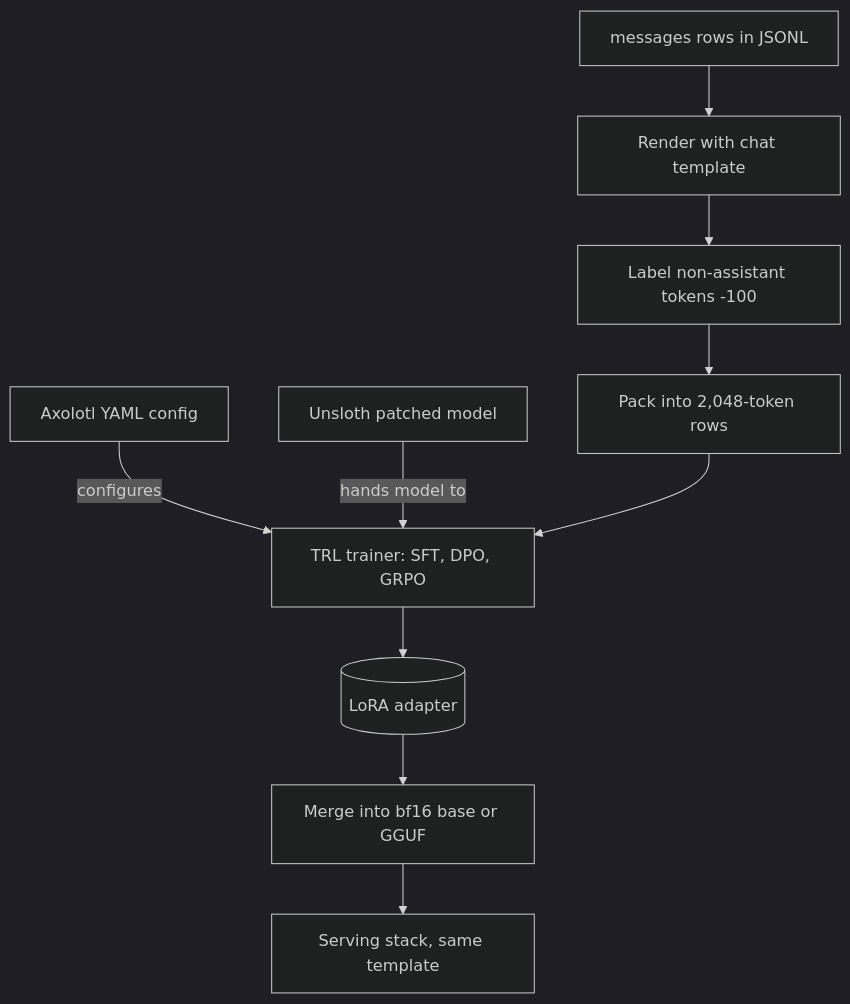
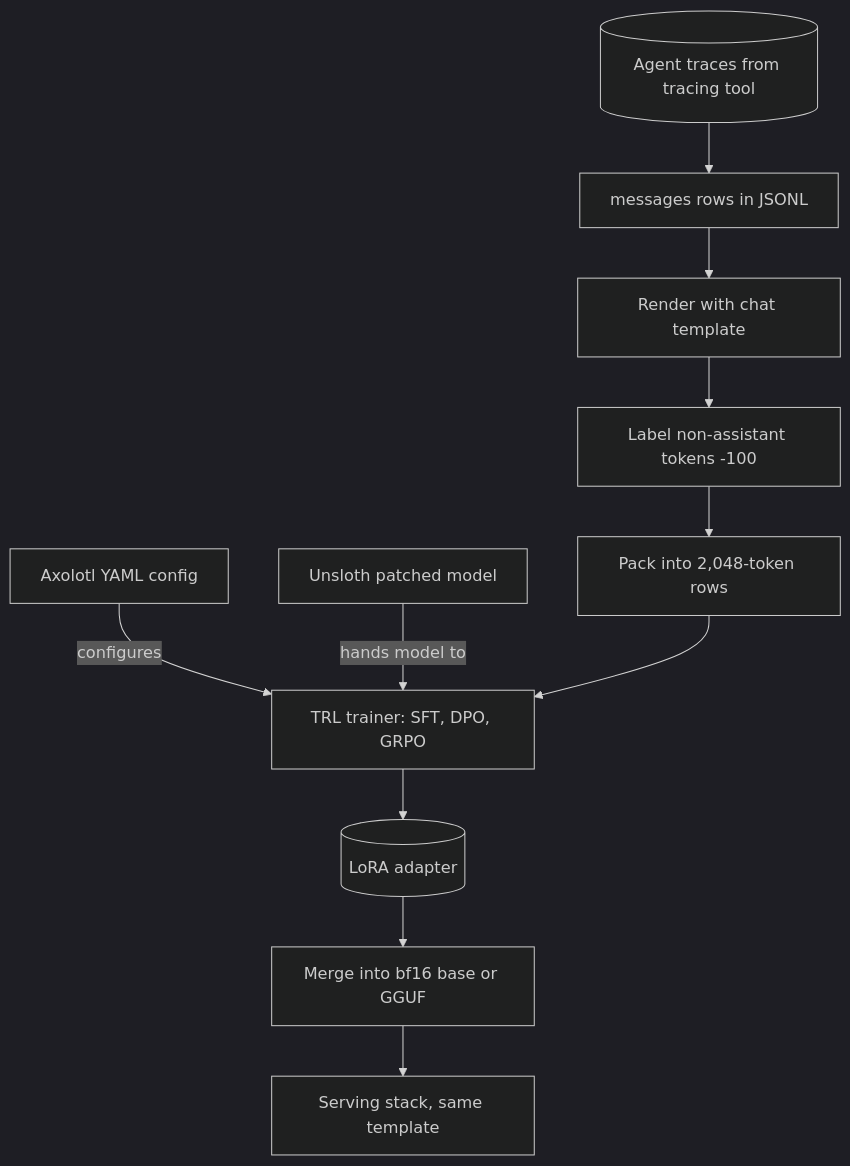
The diagram in content/training-adaptation/tooling.md (lovishmahajan97/agentic-learning), drawn with Mermaid (dark theme) before and after one commit. The commit also changed other lines of this file and 266 other files, not shown here.

````diff
--- a/content/training-adaptation/tooling.md
+++ b/content/training-adaptation/tooling.md
@@ -139,12 +167,13 @@
 ```mermaid
 flowchart TD
-    D["messages rows in JSONL"] --> T["Render with chat template"]
+    TS[("Agent traces from tracing tool")] --> D["messages rows in JSONL"]
+    D --> T["Render with chat template"]
     T --> M["Label non-assistant tokens -100"]
     M --> P["Pack into 2,048-token rows"]
     A["Axolotl YAML config"] -->|"configures"| TR["TRL trainer: SFT, DPO, GRPO"]
     U["Unsloth patched model"] -->|"hands model to"| TR
     P --> TR
     TR --> AD[("LoRA adapter")]
     AD --> MG["Merge into bf16 base or GGUF"]
     MG --> S["Serving stack, same template"]
 ```
````
